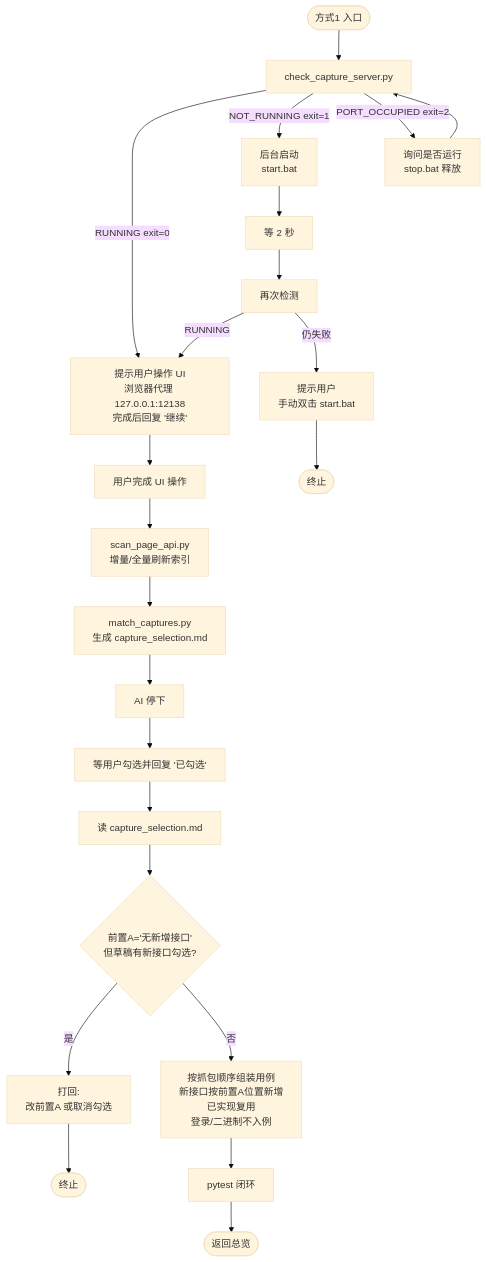
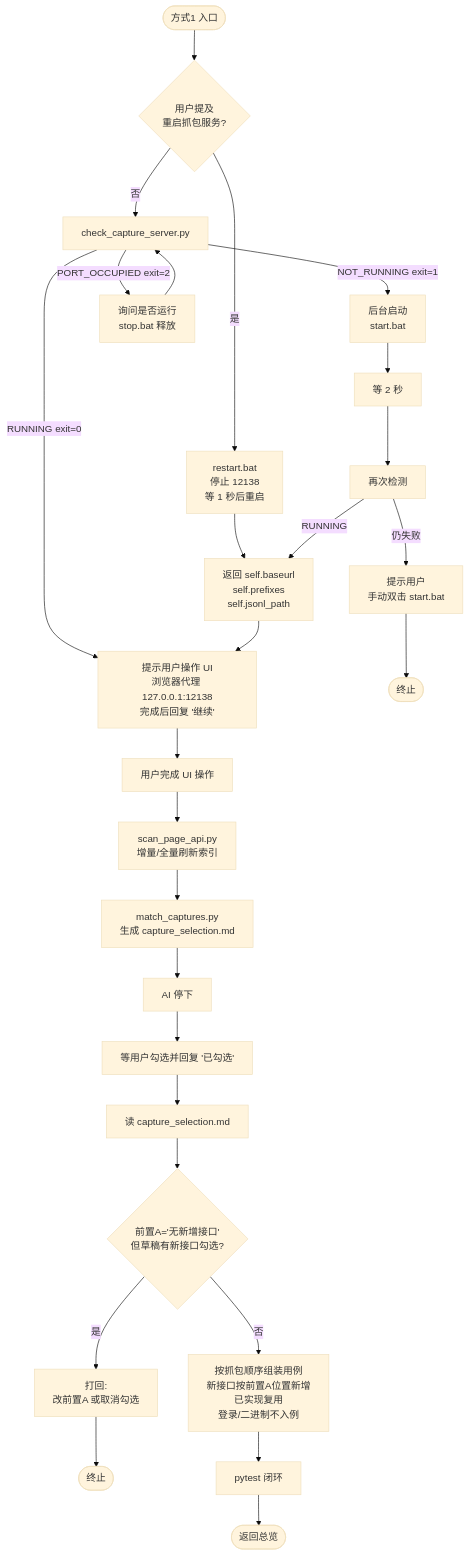
Before and after one commit to buer2233/api-test-dwp: the second of 6 diagrams in flow_chart/flow.md, drawn with Mermaid (base theme). The commit also changed other lines of this file and 12 other files, not shown here.

````diff
--- a/flow_chart/flow.md
+++ b/flow_chart/flow.md
@@ -62,30 +62,34 @@
 ```mermaid
 flowchart TD
-    F1Start([方式1 入口]) --> Chk[check_capture_server.py]
+    F1Start([方式1 入口]) --> NeedRestart{用户提及<br/>重启抓包服务?}
+    NeedRestart -->|是| Restart[restart.bat<br/>停止 12138<br/>等 1 秒后重启]
+    NeedRestart -->|否| Chk[check_capture_server.py]
+    Restart --> ServiceInfo[返回 self.baseurl<br/>self.prefixes<br/>self.jsonl_path]
     Chk -->|RUNNING exit=0| UI
     Chk -->|NOT_RUNNING exit=1| Start1[后台启动<br/>start.bat]
     Start1 --> Wait1[等 2 秒]
     Wait1 --> ReChk[再次检测]
-    ReChk -->|RUNNING| UI
+    ReChk -->|RUNNING| ServiceInfo
     ReChk -->|仍失败| Manual[提示用户<br/>手动双击 start.bat]
     Manual --> F1End([终止])
     Chk -->|PORT_OCCUPIED exit=2| Stop[询问是否运行<br/>stop.bat 释放]
     Stop --> Chk
 
+    ServiceInfo --> UI
     UI[提示用户操作 UI<br/>浏览器代理 127.0.0.1:12138<br/>完成后回复 '继续']
     UI --> UserOp[用户完成 UI 操作]
     UserOp --> Scan[scan_page_api.py<br/>增量/全量刷新索引]
     Scan --> Match[match_captures.py<br/>生成 capture_selection.md]
 
     Match --> Stop2[AI 停下]
     Stop2 --> Tick[等用户勾选并回复 '已勾选']
     Tick --> Read[读 capture_selection.md]
 
     Read --> ConflictChk{前置A='无新增接口'<br/>但草稿有新接口勾选?}
     ConflictChk -- 是 --> Reject1[打回:<br/>改前置A 或取消勾选]
     Reject1 --> End1([终止])
     ConflictChk -- 否 --> Compose[按抓包顺序组装用例<br/>新接口按前置A位置新增<br/>已实现复用<br/>登录/二进制不入例]
 
     Compose --> Verify[pytest 闭环]
     Verify --> F1End2([返回总览])
 ```
````
